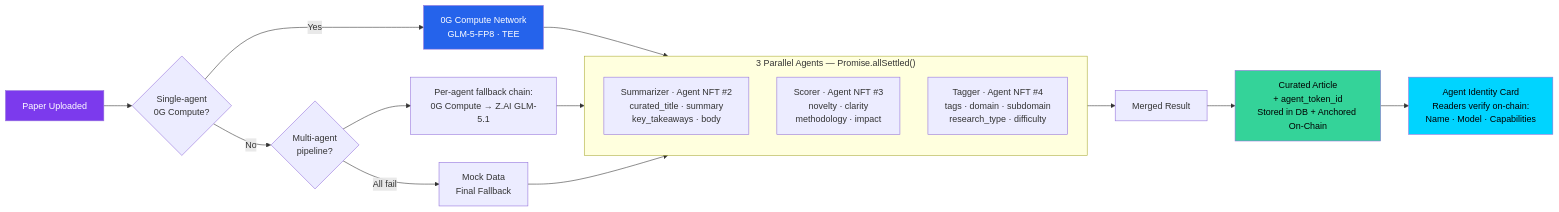
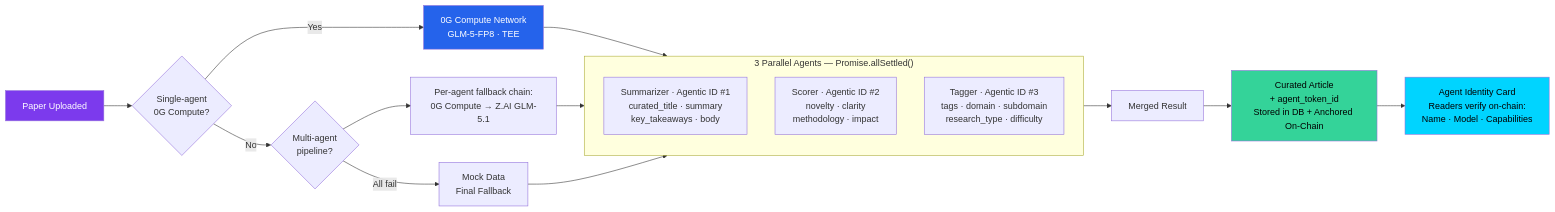
The third of 5 diagrams in README.md (dwlpra/rumah-peneliti), drawn with Mermaid before and after one commit. The commit also changed other lines of this file, not shown here.

First line of the commit message:
docs: update README — remove AgentNFT, consolidate to 0G Agentic ID (ERC-7857)

````diff
--- a/README.md
+++ b/README.md
@@ -293,30 +287,30 @@
 ```mermaid
 flowchart LR
     A[Paper Uploaded] --> B{Single-agent<br/>0G Compute?}
     B -->|Yes| C[0G Compute Network<br/>GLM-5-FP8 · TEE]
     B -->|No| D{Multi-agent<br/>pipeline?}
 
     D --> E["Per-agent fallback chain:<br/>0G Compute → Z.AI GLM-5.1"]
     D -->|All fail| F[Mock Data<br/>Final Fallback]
 
     C --> G
     E --> G
     F --> G
 
     subgraph G["3 Parallel Agents — Promise.allSettled()"]
         direction TB
-        S["Summarizer · Agent NFT #2<br/>curated_title · summary<br/>key_takeaways · body"]
-        SC["Scorer · Agent NFT #3<br/>novelty · clarity<br/>methodology · impact"]
-        T["Tagger · Agent NFT #4<br/>tags · domain · subdomain<br/>research_type · difficulty"]
+        S["Summarizer · Agentic ID #1<br/>curated_title · summary<br/>key_takeaways · body"]
+        SC["Scorer · Agentic ID #2<br/>novelty · clarity<br/>methodology · impact"]
+        T["Tagger · Agentic ID #3<br/>tags · domain · subdomain<br/>research_type · difficulty"]
     end
 
     G --> J[Merged Result]
     J --> K["Curated Article<br/>+ agent_token_id<br/>Stored in DB + Anchored On-Chain"]
 
     K --> L["Agent Identity Card<br/>Readers verify on-chain:<br/>Name · Model · Capabilities"]
 
     style A fill:#7c3aed,color:#fff
     style C fill:#2563eb,color:#fff
     style K fill:#34d399,color:#000
     style L fill:#00d4ff,color:#000
 ```
````
